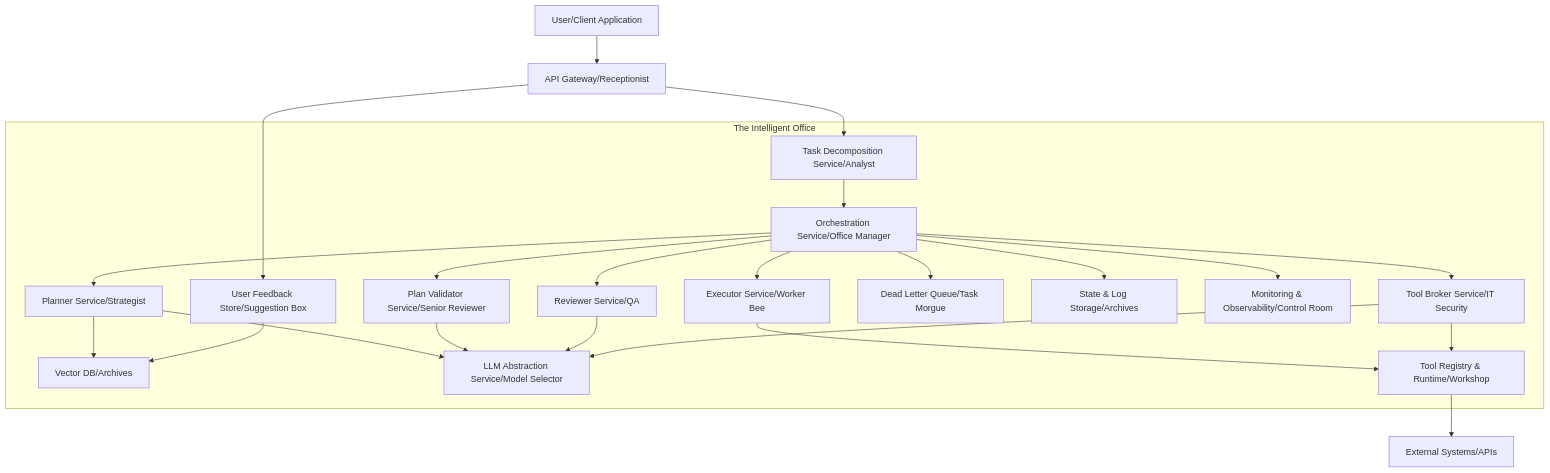
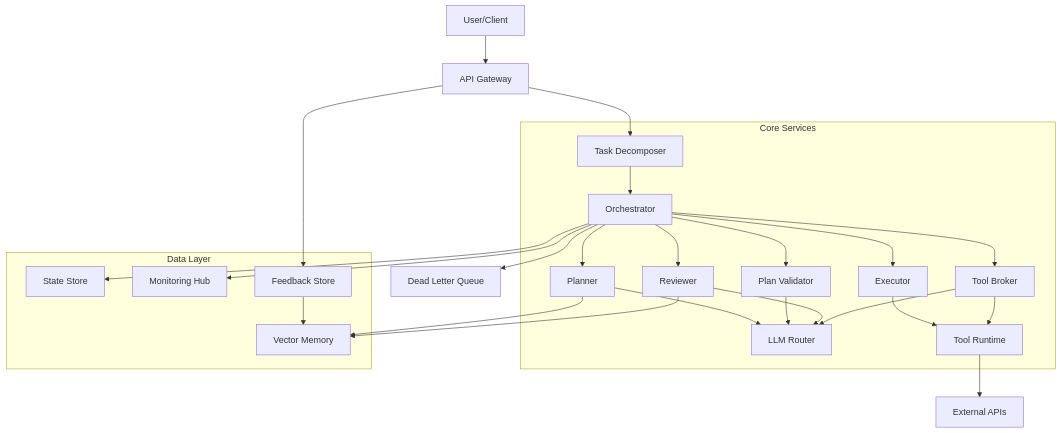
Before and after one commit to yuu-ri/AIDAMI: the first of 3 diagrams in docs/design/IO.md, drawn with Mermaid. The commit also changed other lines of this file, not shown here.

Commit message:
Intelligent Office

````diff
--- a/docs/design/IO.md
+++ b/docs/design/IO.md
@@ -7,47 +26,49 @@
 ```mermaid
-%% Mermaid version: 10.9.4 %%
 graph TD
-    U[User/Client Application] --> G[API Gateway/Receptionist]
-    G --> TD[Task Decomposition Service/Analyst]
-    TD --> O[Orchestration Service/Office Manager]
+    U[User/Client] --> G[API Gateway]
+    G --> TD[Task Decomposer]
+    TD --> O[Orchestrator]
     
-    O --> P[Planner Service/Strategist]
-    O --> PV[Plan Validator Service/Senior Reviewer]
-    O --> E[Executor Service/Worker Bee]
-    O --> R[Reviewer Service/QA]
-    O --> TB[Tool Broker Service/IT Security]
-    O --> DLQ[Dead Letter Queue/Task Morgue]
+    O --> P[Planner]
+    O --> PV[Plan Validator]
+    O --> E[Executor]
+    O --> R[Reviewer]
+    O --> TB[Tool Broker]
+    O --> DLQ[Dead Letter Queue]
     
-    P --> V[Vector DB/Archives]
-    P --> L[LLM Abstraction Service/Model Selector]
+    P --> L[LLM Router]
     PV --> L
     R --> L
     TB --> L
     
-    E --> TR[Tool Registry & Runtime/Workshop]
-    TR --> XS[External Systems/APIs]
+    E --> TR[Tool Runtime]
+    TR --> XS[External APIs]
     TB --> TR
     
-    O --> S[State & Log Storage/Archives]
-    O --> M[Monitoring & Observability/Control Room]
+    O --> S[State Store]
+    O --> M[Monitoring Hub]
     
-    G --> UF[User Feedback Store/Suggestion Box]
+    P --> V[Vector Memory]
+    R --> V
+    G --> UF[Feedback Store]
     UF --> V
     
-    subgraph "The Intelligent Office"
+    subgraph "Core Services"
         TD
         O
         P
         PV
         E
         R
         TB
         TR
         L
+    end
+    
+    subgraph "Data Layer"
         S
         V
         UF
         M
-        DLQ
     end
 ```
````
